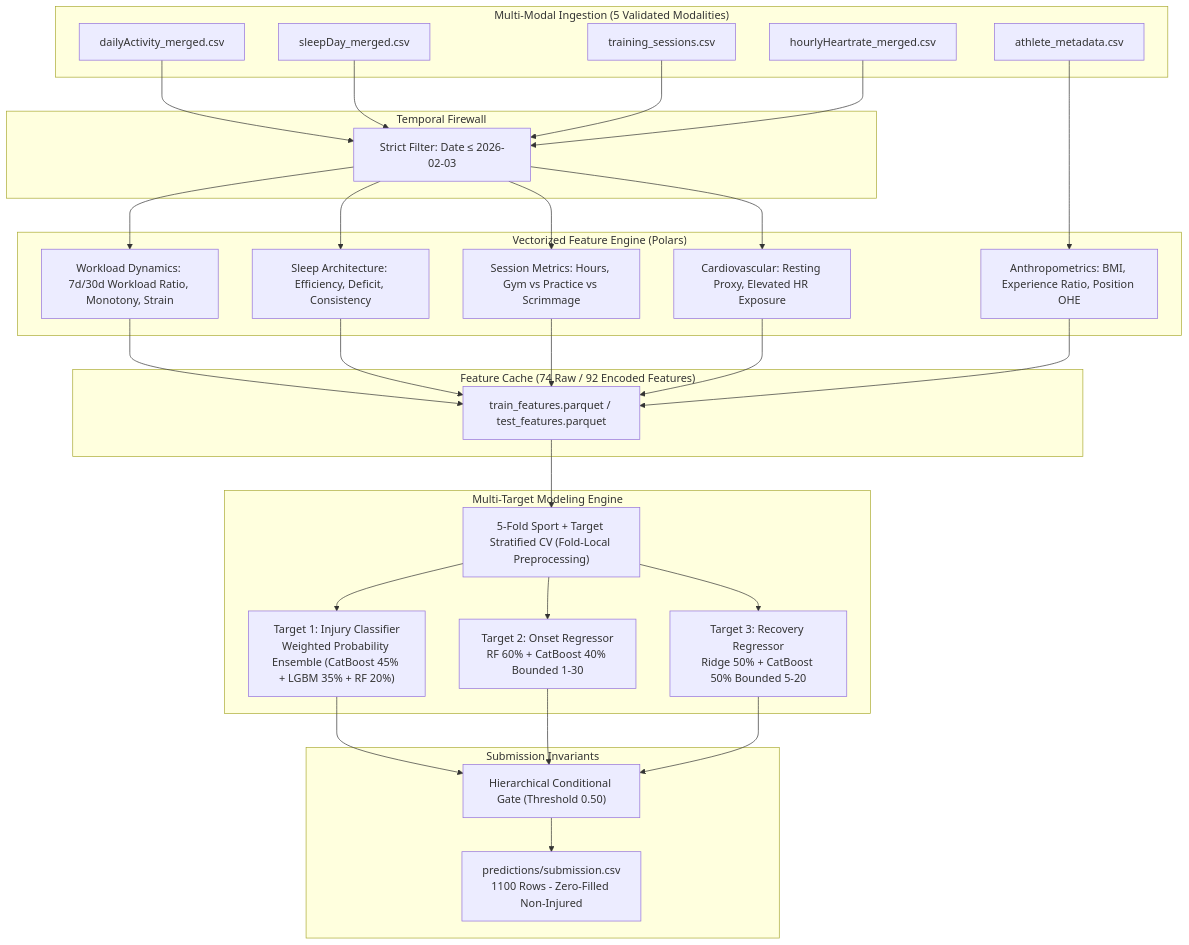
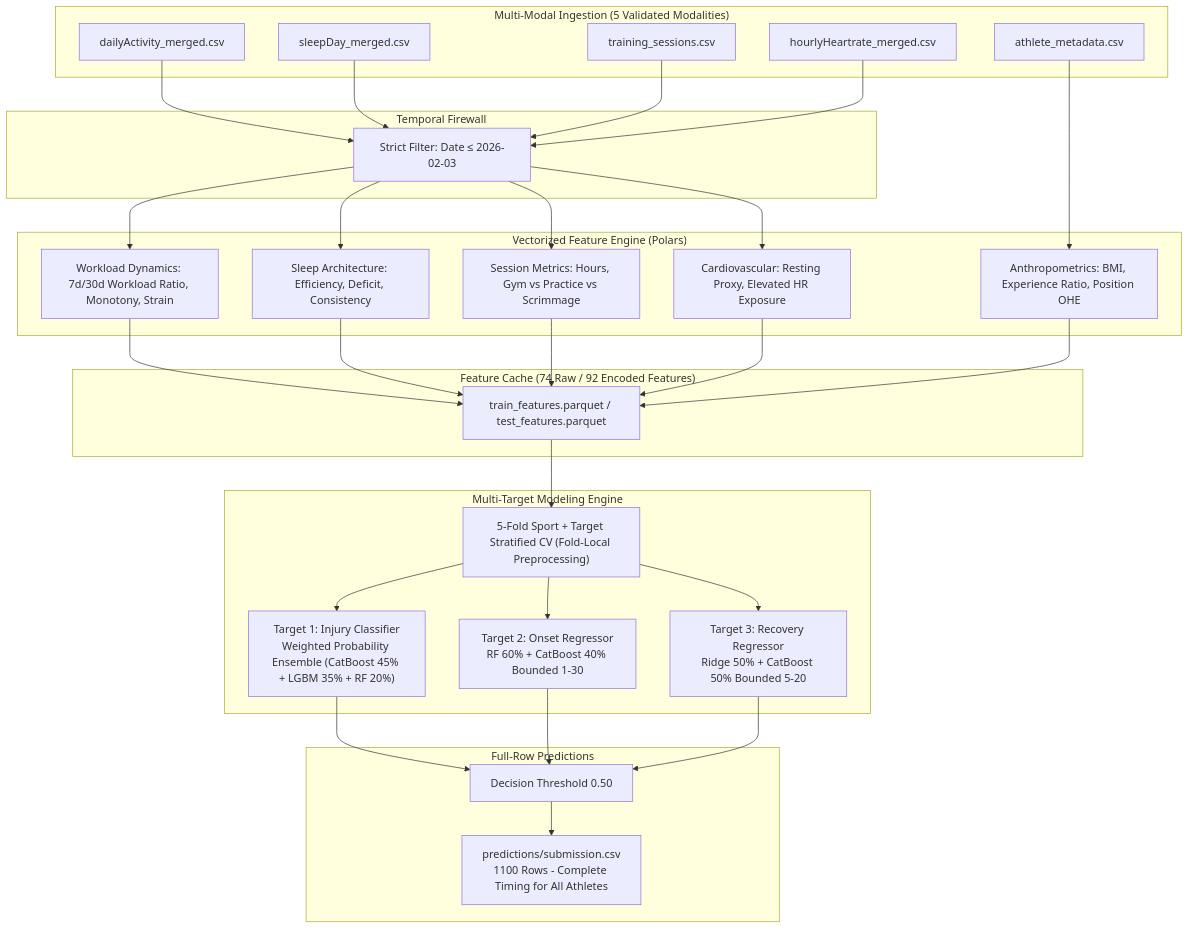
One commit to bhavya277/ML-Model-for-Athletes changed the diagram in README.md. Above: the diagram before and after it, drawn with Mermaid. The commit also changed other lines of this file and 7 other files, not shown here.

````diff
--- a/README.md
+++ b/README.md
@@ -28,48 +34,48 @@
 ```mermaid
 graph TD
     subgraph "Multi-Modal Ingestion (5 Validated Modalities)"
         A["athlete_metadata.csv"]
         B["dailyActivity_merged.csv"]
         C["sleepDay_merged.csv"]
         D["training_sessions.csv"]
         E["hourlyHeartrate_merged.csv"]
     end
 
     subgraph "Temporal Firewall"
         F["Strict Filter: Date &le; 2026-02-03"]
         B --> F
         C --> F
         D --> F
         E --> F
     end
 
     subgraph "Vectorized Feature Engine (Polars)"
         F --> G1["Workload Dynamics: 7d/30d Workload Ratio, Monotony, Strain"]
         F --> G2["Sleep Architecture: Efficiency, Deficit, Consistency"]
         F --> G3["Session Metrics: Hours, Gym vs Practice vs Scrimmage"]
         F --> G4["Cardiovascular: Resting Proxy, Elevated HR Exposure"]
         A --> G5["Anthropometrics: BMI, Experience Ratio, Position OHE"]
     end
 
     subgraph "Feature Cache (74 Raw / 92 Encoded Features)"
         G1 --> H["train_features.parquet / test_features.parquet"]
         G2 --> H
         G3 --> H
         G4 --> H
         G5 --> H
     end
 
     subgraph "Multi-Target Modeling Engine"
         H --> V["5-Fold Sport + Target Stratified CV (Fold-Local Preprocessing)"]
         V --> M1["Target 1: Injury Classifier<br/>Weighted Probability Ensemble (CatBoost 45% + LGBM 35% + RF 20%)"]
         V --> M2["Target 2: Onset Regressor<br/>RF 60% + CatBoost 40% Bounded 1-30"]
         V --> M3["Target 3: Recovery Regressor<br/>Ridge 50% + CatBoost 50% Bounded 5-20"]
     end
 
-    subgraph "Submission Invariants"
-        M1 --> P["Hierarchical Conditional Gate (Threshold 0.50)"]
+    subgraph "Full-Row Predictions"
+        M1 --> P["Decision Threshold 0.50"]
         M2 --> P
         M3 --> P
-        P --> SUB["predictions/submission.csv<br/>1100 Rows - Zero-Filled Non-Injured"]
+        P --> SUB["predictions/submission.csv<br/>1100 Rows - Complete Timing for All Athletes"]
     end
 ```
````
